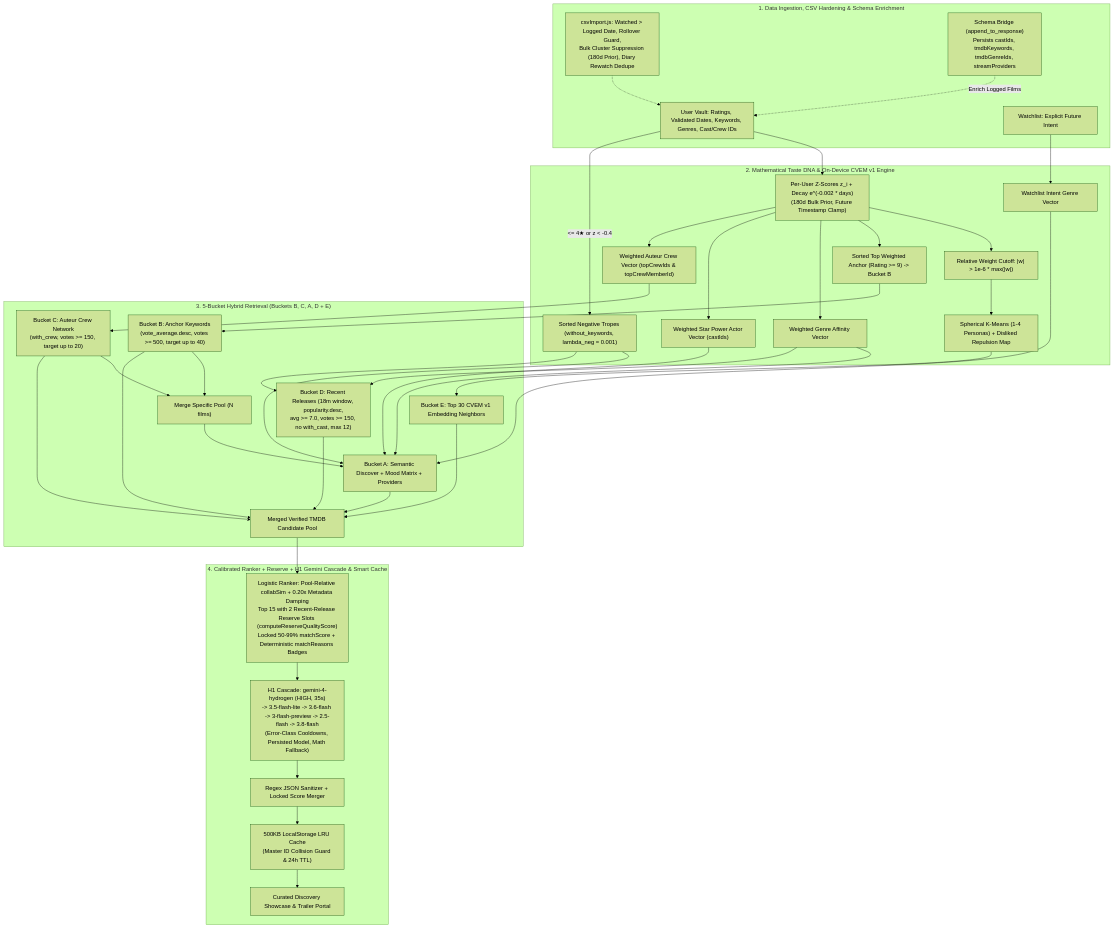
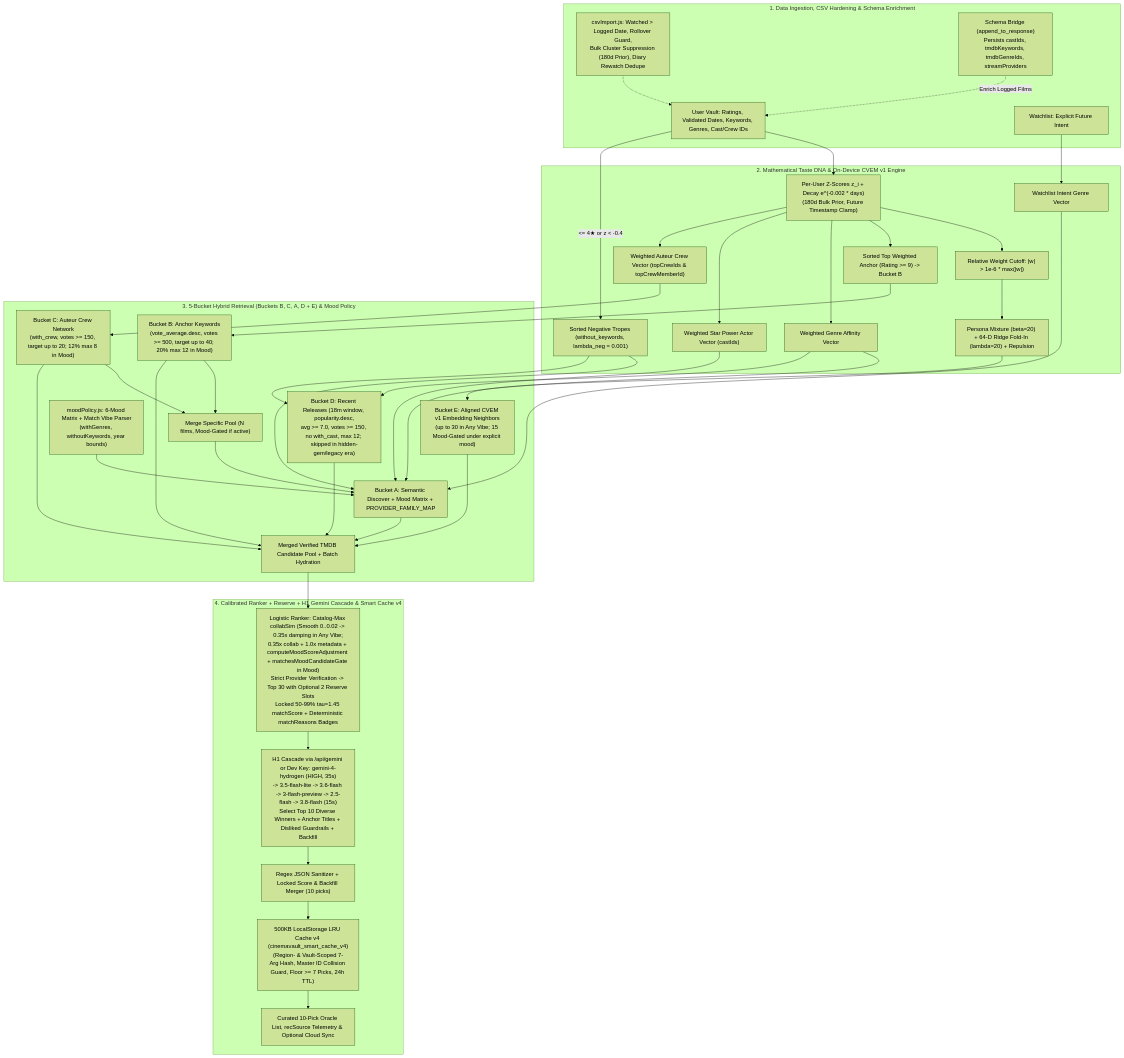
The diagram in ARCHITECTURE.md (khuzaima175/React-Movie-Original), drawn with Mermaid (forest theme) before and after one commit. The commit also changed other lines of this file and 68 other files, not shown here.

Commit message:
feat(ml,api,ranker): catalog-max normalization, persona mixture, ridge fold-in, /api/tmdb-batch, and docs sync

````diff
--- a/ARCHITECTURE.md
+++ b/ARCHITECTURE.md
@@ -71,40 +79,41 @@
 ```mermaid
 flowchart TD
     subgraph Phase1 ["1. Data Ingestion, CSV Hardening & Schema Enrichment"]
         V["User Vault: Ratings, Validated Dates, Keywords, Genres, Cast/Crew IDs"]
         W["Watchlist: Explicit Future Intent"]
         CSV["csvImport.js: Watched > Logged Date, Rollover Guard,\nBulk Cluster Suppression (180d Prior), Diary Rewatch Dedupe"] -.-> V
         SB["Schema Bridge (append_to_response)\nPersists castIds, tmdbKeywords, tmdbGenreIds, streamProviders"] -.->|Enrich Logged Films| V
     end
 
     subgraph Phase2 ["2. Mathematical Taste DNA & On-Device CVEM v1 Engine"]
         V --> Z["Per-User Z-Scores z_i + Decay e^(-0.002 * days)\n(180d Bulk Prior, Future Timestamp Clamp)"]
         Z --> REL["Relative Weight Cutoff: |w| > 1e-6 * max(|w|)"]
-        REL --> KM["Spherical K-Means (1-4 Personas) + Disliked Repulsion Map"]
+        REL --> KM["Persona Mixture (beta=20) + 64-D Ridge Fold-In (lambda=20) + Repulsion"]
         Z --> ANCHOR["Sorted Top Weighted Anchor (Rating >= 9) -> Bucket B"]
         Z --> GENRE_V["Weighted Genre Affinity Vector"]
         Z --> CAST_V["Weighted Star Power Actor Vector (castIds)"]
         Z --> CREW_V["Weighted Auteur Crew Vector (topCrewIds & topCrewMemberId)"]
         W --> WATCH_V["Watchlist Intent Genre Vector"]
         V -->|<= 4★ or z < -0.4| HATED_K["Sorted Negative Tropes (without_keywords, lambda_neg = 0.001)"]
     end
 
-    subgraph Phase3 ["3. 5-Bucket Hybrid Retrieval (Buckets B, C, A, D + E)"]
-        ANCHOR --> B2["Bucket B: Anchor Keywords\n(vote_average.desc, votes >= 500, target up to 40)"]
-        CREW_V --> B3["Bucket C: Auteur Crew Network\n(with_crew, votes >= 150, target up to 20)"]
-        B2 & B3 --> POOL_SPEC["Merge Specific Pool (N films)"]
+    subgraph Phase3 ["3. 5-Bucket Hybrid Retrieval (Buckets B, C, A, D + E) & Mood Policy"]
+        ANCHOR --> B2["Bucket B: Anchor Keywords\n(vote_average.desc, votes >= 500, target up to 40; 20% max 12 in Mood)"]
+        CREW_V --> B3["Bucket C: Auteur Crew Network\n(with_crew, votes >= 150, target up to 20; 12% max 8 in Mood)"]
+        B2 & B3 --> POOL_SPEC["Merge Specific Pool (N films, Mood-Gated if active)"]
         GENRE_V & WATCH_V & CAST_V & HATED_K --> B1
-        POOL_SPEC --> B1["Bucket A: Semantic Discover + Mood Matrix + Providers"]
-        GENRE_V & HATED_K --> B4["Bucket D: Recent Releases (18m window, popularity.desc,\navg >= 7.0, votes >= 150, no with_cast, max 12)"]
-        KM --> B5["Bucket E: Top 30 CVEM v1 Embedding Neighbors"]
-        B1 & B2 & B3 & B4 & B5 --> CP["Merged Verified TMDB Candidate Pool"]
+        MOOD["moodPolicy.js: 6-Mood Matrix + Match Vibe Parser\n(withGenres, withoutKeywords, year bounds)"] --> B1
+        POOL_SPEC --> B1["Bucket A: Semantic Discover + Mood Matrix + PROVIDER_FAMILY_MAP"]
+        GENRE_V & HATED_K --> B4["Bucket D: Recent Releases (18m window, popularity.desc,\navg >= 7.0, votes >= 150, no with_cast, max 12; skipped in hidden-gem/legacy era)"]
+        KM --> B5["Bucket E: Aligned CVEM v1 Embedding Neighbors\n(up to 30 in Any Vibe; 15 Mood-Gated under explicit mood)"]
+        B1 & B2 & B3 & B4 & B5 --> CP["Merged Verified TMDB Candidate Pool + Batch Hydration"]
     end
 
-    subgraph Phase4 ["4. Calibrated Ranker + Reserve + H1 Gemini Cascade & Smart Cache"]
-        CP --> RNK["Logistic Ranker: Pool-Relative collabSim + 0.20x Metadata Damping\nTop 15 with 2 Recent-Release Reserve Slots (computeReserveQualityScore)\nLocked 50-99% matchScore + Deterministic matchReasons Badges"]
-        RNK --> GEM["H1 Cascade: gemini-4-hydrogen (HIGH, 35s)\n-> 3.5-flash-lite -> 3.6-flash -> 3-flash-preview -> 2.5-flash -> 3.8-flash\n(Error-Class Cooldowns, Persisted Model, Math Fallback)"]
-        GEM --> NORM["Regex JSON Sanitizer + Locked Score Merger"]
-        NORM --> CACHE["500KB LocalStorage LRU Cache\n(Master ID Collision Guard & 24h TTL)"]
-        CACHE --> UI["Curated Discovery Showcase & Trailer Portal"]
+    subgraph Phase4 ["4. Calibrated Ranker + Reserve + H1 Gemini Cascade & Smart Cache v4"]
+        CP --> RNK["Logistic Ranker: Catalog-Max collabSim (Smooth 0..0.02 -> 0.35x damping in Any Vibe;\n0.35x collab + 1.0x metadata + computeMoodScoreAdjustment + matchesMoodCandidateGate in Mood)\nStrict Provider Verification -> Top 30 with Optional 2 Reserve Slots\nLocked 50-99% tau=1.45 matchScore + Deterministic matchReasons Badges"]
+        RNK --> GEM["H1 Cascade via /api/gemini or Dev Key: gemini-4-hydrogen (HIGH, 35s)\n-> 3.5-flash-lite -> 3.6-flash -> 3-flash-preview -> 2.5-flash -> 3.8-flash (15s)\nSelect Top 10 Diverse Winners + Anchor Titles + Disliked Guardrails + Backfill"]
+        GEM --> NORM["Regex JSON Sanitizer + Locked Score & Backfill Merger (10 picks)"]
+        NORM --> CACHE["500KB LocalStorage LRU Cache v4 (cinemavault_smart_cache_v4)\n(Region- & Vault-Scoped 7-Arg Hash, Master ID Collision Guard, Floor >= 7 Picks, 24h TTL)"]
+        CACHE --> UI["Curated 10-Pick Oracle List, recSource Telemetry & Optional Cloud Sync"]
     end
 ```
````
